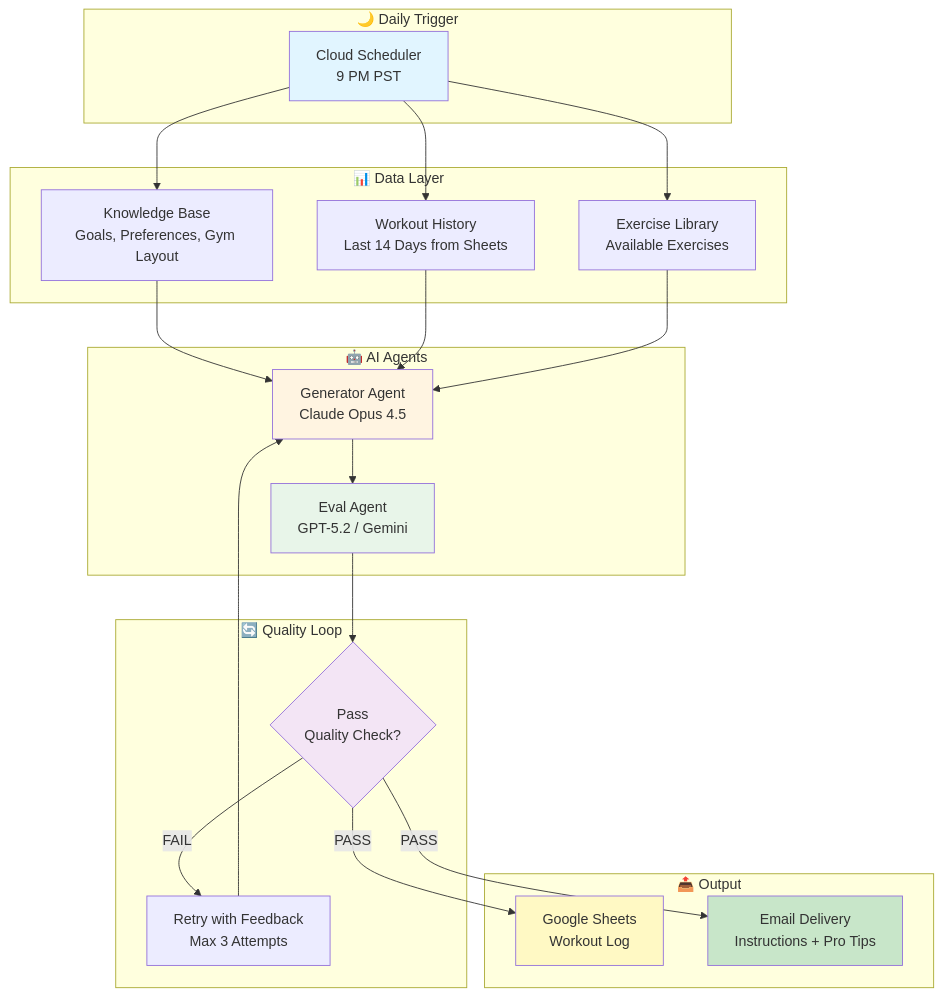
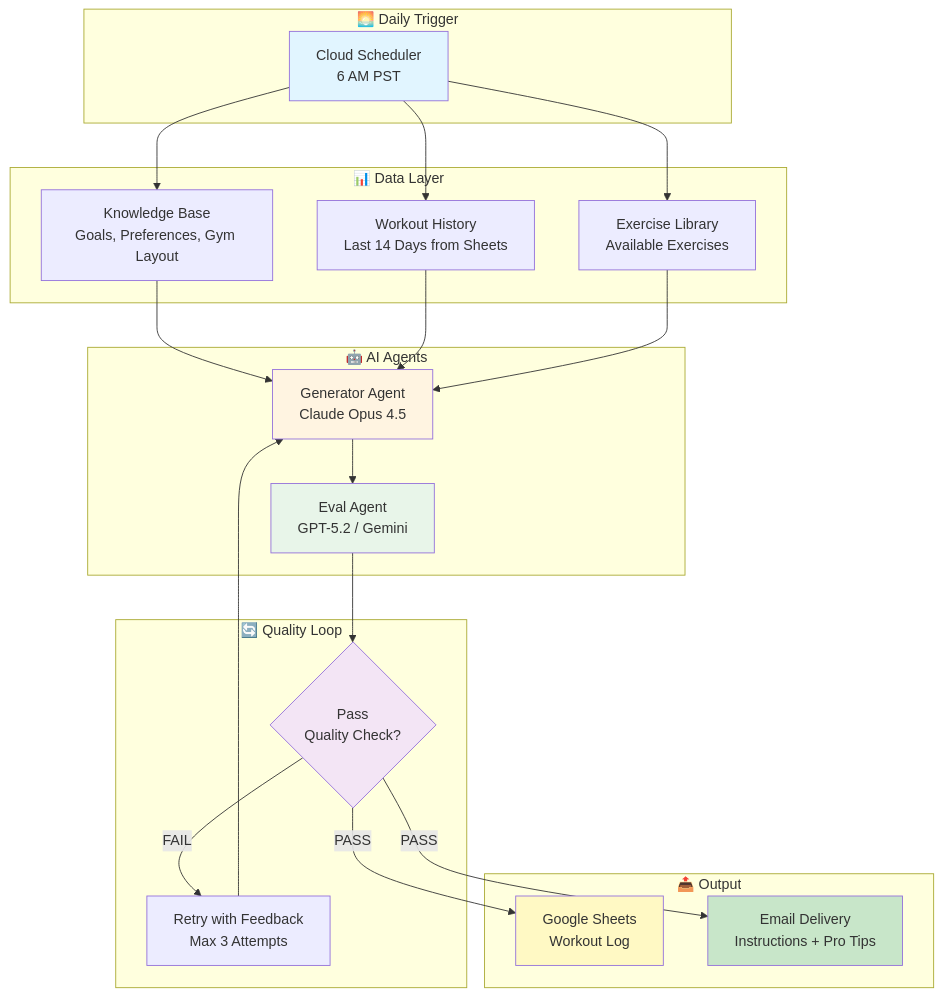
Before and after one commit to veritas6161/fitness-agent-rr-opensource: the first of 3 diagrams in README.md, drawn with Mermaid. The commit also changed other lines of this file, not shown here.

````diff
--- a/README.md
+++ b/README.md
@@ -67,47 +94,47 @@
 ```mermaid
 graph TB
-    subgraph "🌙 Daily Trigger"
-        A[Cloud Scheduler<br/>9 PM PST]
+    subgraph "🌅 Daily Trigger"
+        A[Cloud Scheduler<br/>6 AM PST]
     end
     
     subgraph "📊 Data Layer"
         B[Knowledge Base<br/>Goals, Preferences, Gym Layout]
         C[Workout History<br/>Last 14 Days from Sheets]
         D[Exercise Library<br/>Available Exercises]
     end
     
     subgraph "🤖 AI Agents"
         E[Generator Agent<br/>Claude Opus 4.5]
         F[Eval Agent<br/>GPT-5.2 / Gemini]
     end
     
     subgraph "🔄 Quality Loop"
         G{Pass<br/>Quality Check?}
         H[Retry with Feedback<br/>Max 3 Attempts]
     end
     
     subgraph "📤 Output"
         I[Google Sheets<br/>Workout Log]
         J[Email Delivery<br/>Instructions + Pro Tips]
     end
     
     A --> B
     A --> C
     A --> D
     B --> E
     C --> E
     D --> E
     E --> F
     F --> G
     G -->|FAIL| H
     H --> E
     G -->|PASS| I
     G -->|PASS| J
     
     style A fill:#e1f5ff
     style E fill:#fff4e1
     style F fill:#e8f5e9
     style G fill:#f3e5f5
     style I fill:#fff9c4
     style J fill:#c8e6c9
 ```
````
